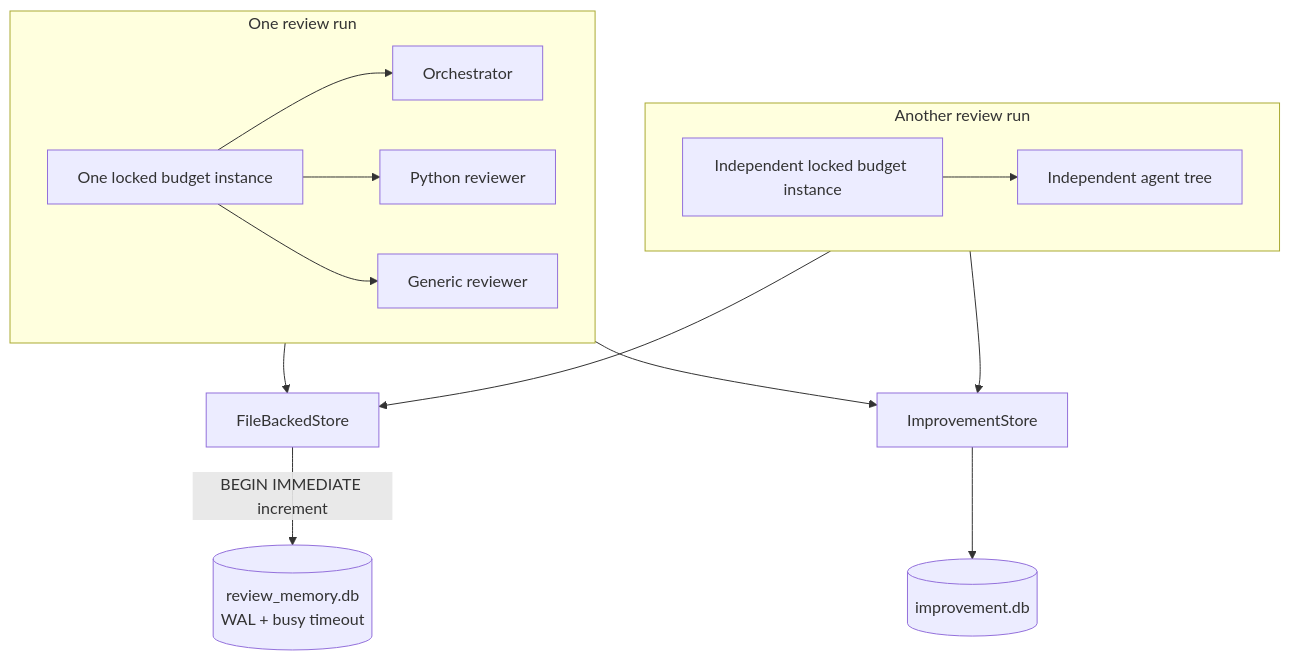
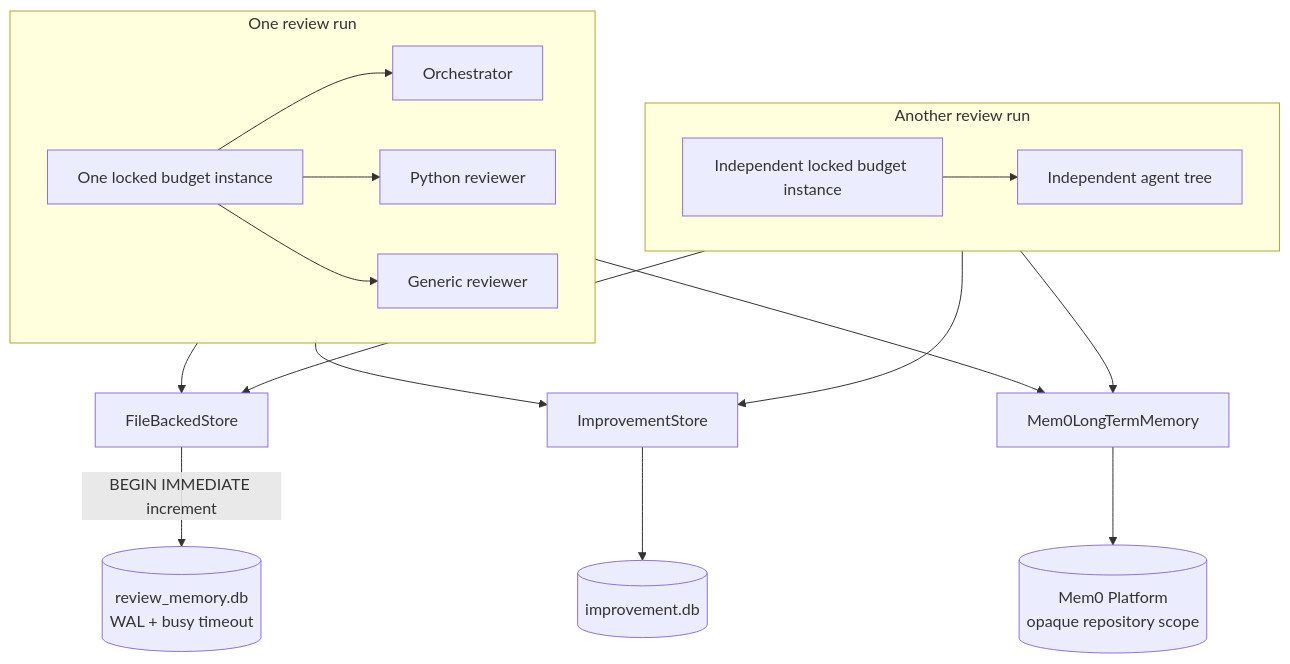
One commit to chatkausik/Quorum-Code-Review-Deep-Agent changed the second of 3 diagrams in ARCHITECTURE.md. Above: the diagram before and after it, drawn with Mermaid. The commit also changed other lines of this file and 14 other files, not shown here.

Commit message:
feat: add privacy-safe Mem0 long-term memory

````diff
--- a/ARCHITECTURE.md
+++ b/ARCHITECTURE.md
@@ -136,26 +152,30 @@
 ```mermaid
 flowchart TD
     subgraph RunA[One review run]
         AOrch[Orchestrator]
         APy[Python reviewer]
         AGen[Generic reviewer]
         ABudget[One locked budget instance]
         ABudget --> AOrch
         ABudget --> APy
         ABudget --> AGen
     end
 
     subgraph RunB[Another review run]
         BAgents[Independent agent tree]
         BBudget[Independent locked budget instance]
         BBudget --> BAgents
     end
 
     RunA --> StatsStore[FileBackedStore]
     RunB --> StatsStore
     StatsStore -->|BEGIN IMMEDIATE increment| StatsDB[(review_memory.db<br/>WAL + busy timeout)]
 
     RunA --> ImproveStore[ImprovementStore]
     RunB --> ImproveStore
     ImproveStore --> ImproveDB[(improvement.db)]
+
+    RunA --> Semantic[Mem0LongTermMemory]
+    RunB --> Semantic
+    Semantic --> Mem0[(Mem0 Platform<br/>opaque repository scope)]
 ```
````
